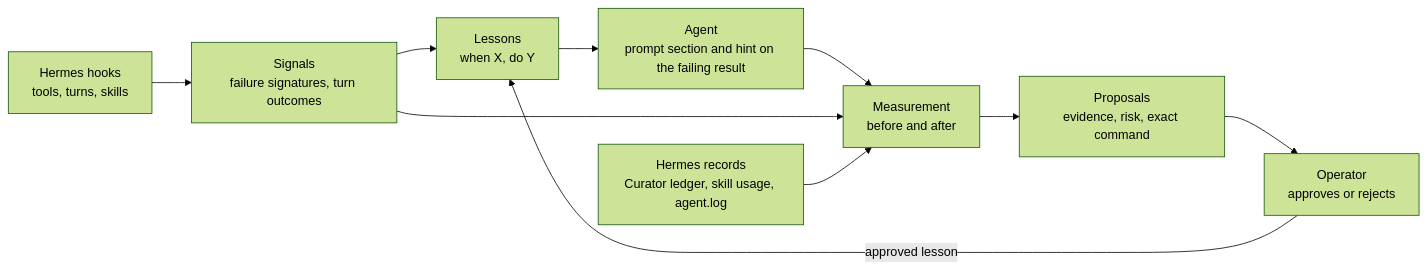
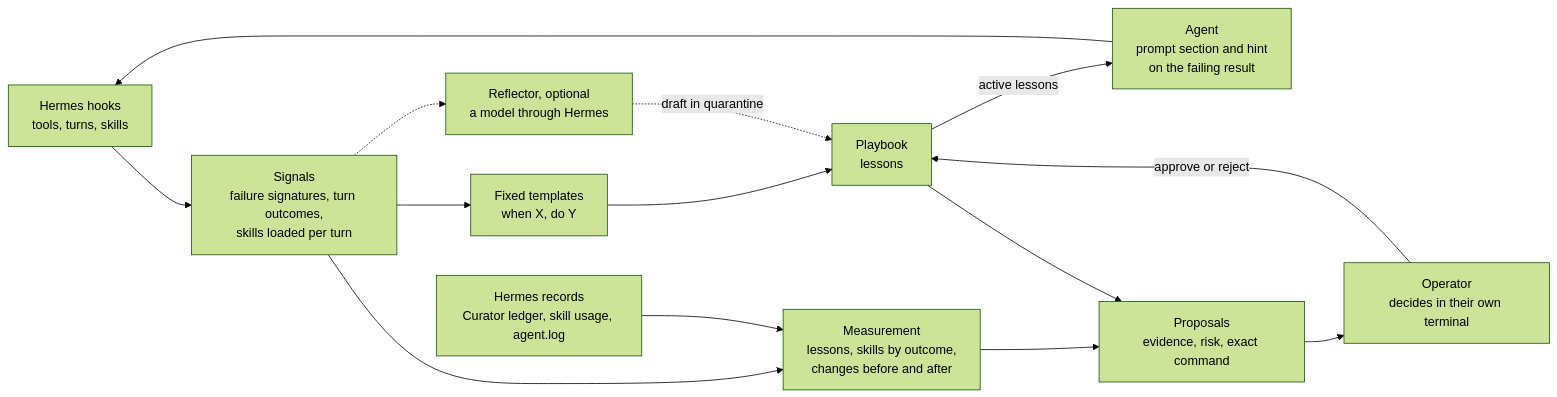
One commit to sesantanajr/hermes-atlas-evolution changed the diagram in README.md. Above: the diagram before and after it, drawn with Mermaid (forest theme). The commit also changed other lines of this file and 13 other files, not shown here.

````diff
--- a/README.md
+++ b/README.md
@@ -28,21 +29,27 @@
 ```mermaid
 flowchart LR
     hooks["Hermes hooks<br/>tools, turns, skills"]
     records["Hermes records<br/>Curator ledger, skill usage, agent.log"]
-    signals["Signals<br/>failure signatures, turn outcomes"]
-    lessons["Lessons<br/>when X, do Y"]
-    agent["Agent<br/>prompt section and hint on the failing result"]
-    measure["Measurement<br/>before and after"]
+    signals["Signals<br/>failure signatures, turn outcomes,<br/>skills loaded per turn"]
+    templates["Fixed templates<br/>when X, do Y"]
+    reflector["Reflector, optional<br/>a model through Hermes"]
+    playbook["Playbook<br/>lessons"]
+    agent["Agent<br/>prompt section and hint<br/>on the failing result"]
+    measure["Measurement<br/>lessons, skills by outcome,<br/>changes before and after"]
     proposals["Proposals<br/>evidence, risk, exact command"]
-    operator["Operator<br/>approves or rejects"]
+    operator["Operator<br/>decides in their own terminal"]
 
     hooks --> signals
-    signals --> lessons
-    lessons --> agent
-    agent --> measure
+    signals --> templates
+    templates --> playbook
+    signals -.-> reflector
+    reflector -.->|draft in quarantine| playbook
+    playbook -->|active lessons| agent
+    agent --> hooks
     signals --> measure
     records --> measure
     measure --> proposals
+    playbook --> proposals
     proposals --> operator
-    operator -- "approved lesson" --> lessons
+    operator -->|approve or reject| playbook
 ```
````
